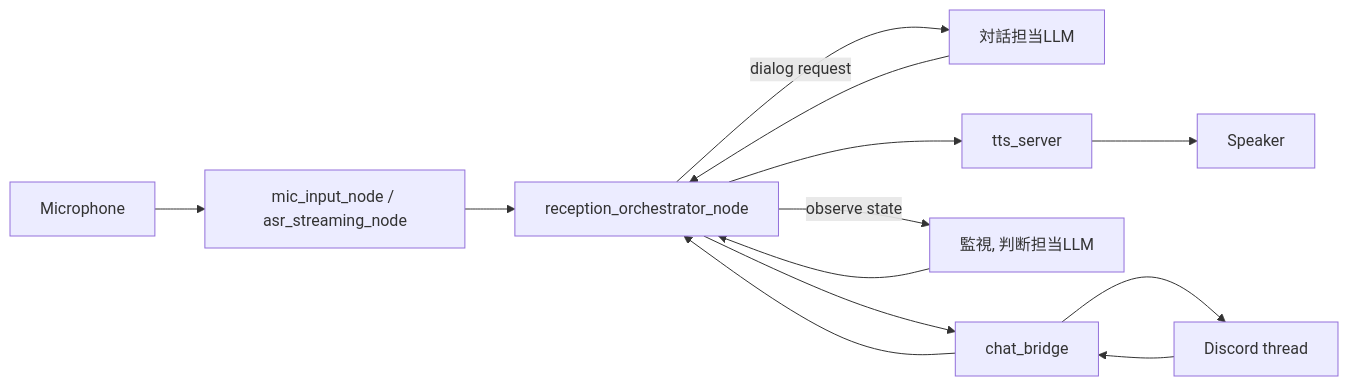
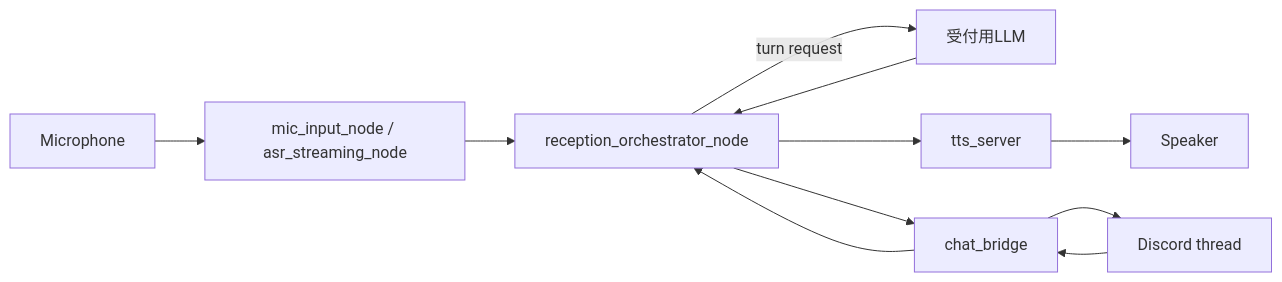
Before and after one commit to arugo11/ros2-reception-orchestrator: the first of 2 diagrams in docs/reception_ai_spec.md, drawn with Mermaid. The commit also changed other lines of this file and 36 other files, not shown here.

````diff
--- a/docs/reception_ai_spec.md
+++ b/docs/reception_ai_spec.md
@@ -93,15 +93,13 @@
 ```mermaid
 flowchart LR
     MIC[Microphone] --> ASR[mic_input_node / asr_streaming_node]
     ASR --> ORCH[reception_orchestrator_node]
-    ORCH -->|dialog request| A[対話担当LLM]
+    ORCH -->|turn request| A[受付用LLM]
     A --> ORCH
     ORCH --> TTS[tts_server]
-    ORCH -->|observe state| B[監視, 判断担当LLM]
-    B --> ORCH
     ORCH --> CHAT[chat_bridge]
     CHAT --> DISCORD[Discord thread]
     DISCORD --> CHAT
     CHAT --> ORCH
     TTS --> SPK[Speaker]
 ```
````
